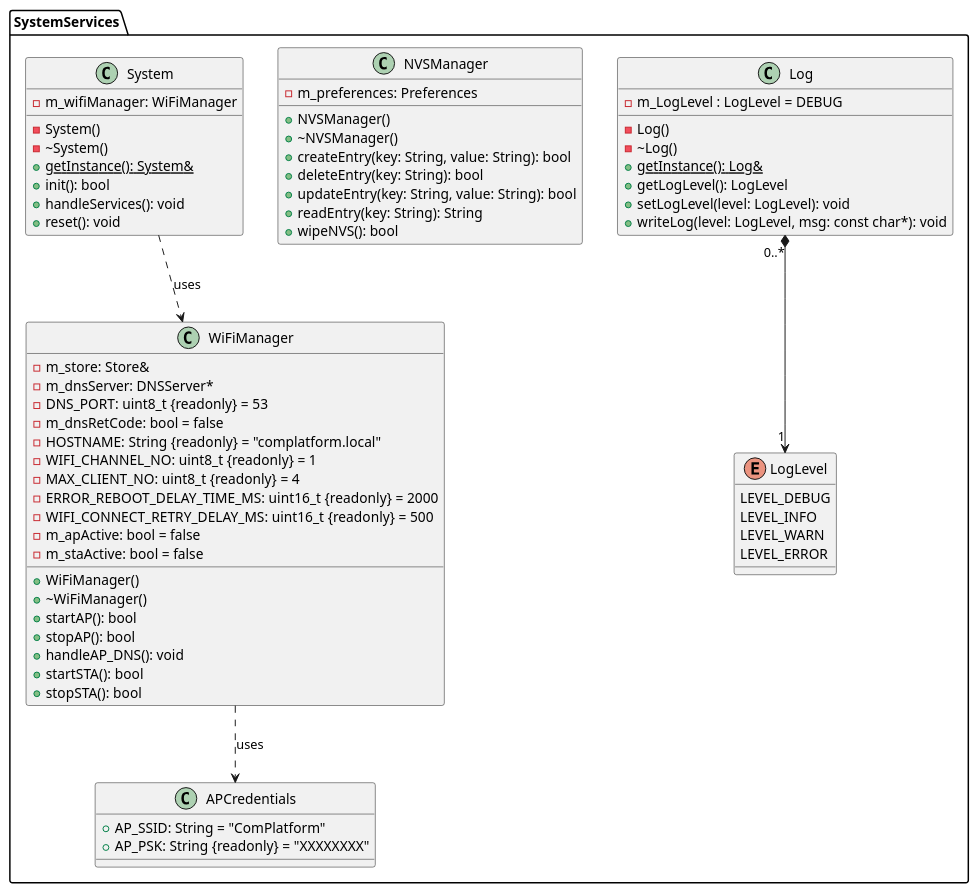
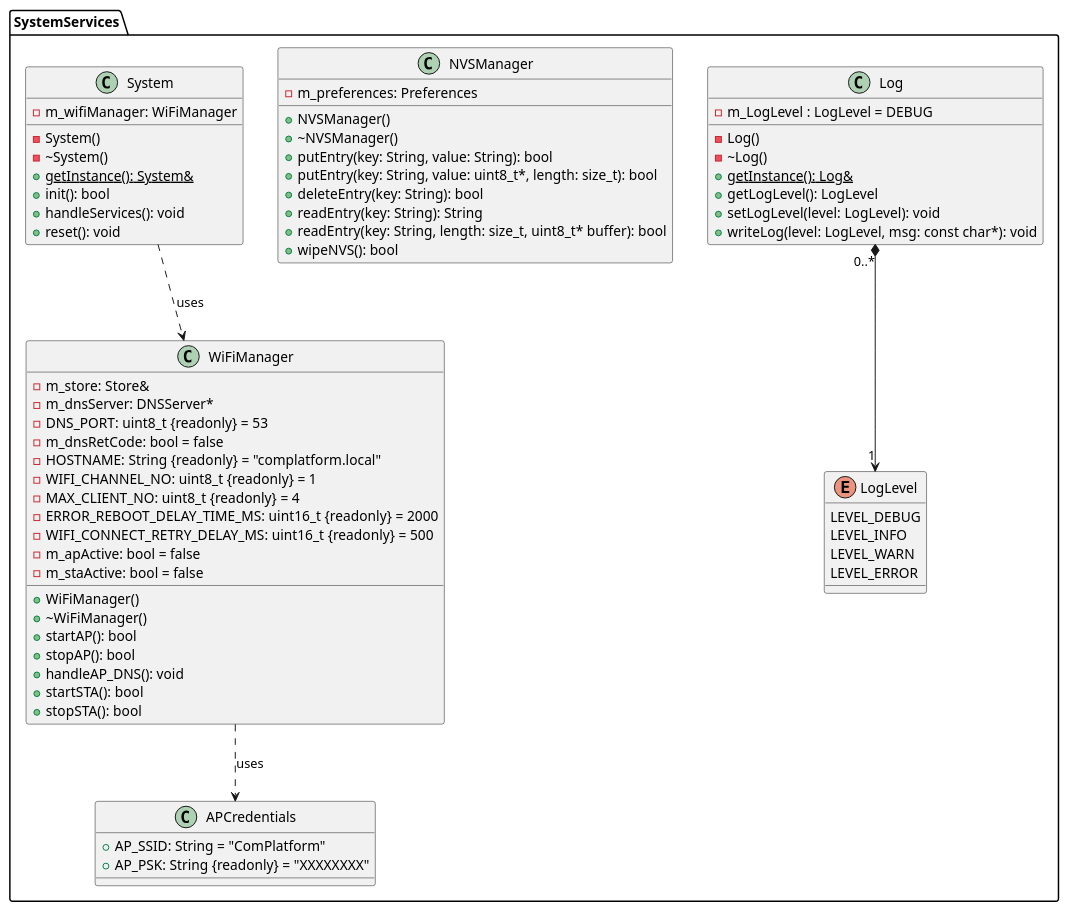
Before and after one commit to NewTec-GmbH/ZumoComSystem: the diagram in doc/design/server/ClassDiagrams/05_SystemServices.plantuml, drawn with PlantUML. The commit also changed 6 other files, not shown here.

```diff
--- a/doc/design/server/ClassDiagrams/05_SystemServices.plantuml
+++ b/doc/design/server/ClassDiagrams/05_SystemServices.plantuml
@@ -1,78 +1,79 @@
 @startuml
 package SystemServices {
     enum LogLevel
     {
         LEVEL_DEBUG
         LEVEL_INFO
         LEVEL_WARN
         LEVEL_ERROR
     }
 
     class Log
     {
         - m_LogLevel : LogLevel = DEBUG
 
         - Log()
         - ~Log()
         {static} + getInstance(): Log&
         + getLogLevel(): LogLevel
         + setLogLevel(level: LogLevel): void
         + writeLog(level: LogLevel, msg: const char*): void
     }
     Log "0..*" *--> "1" LogLevel
 
     class NVSManager
     {
         - m_preferences: Preferences
 
         + NVSManager()
         + ~NVSManager()
-        + createEntry(key: String, value: String): bool
+        + putEntry(key: String, value: String): bool
+        + putEntry(key: String, value: uint8_t*, length: size_t): bool
         + deleteEntry(key: String): bool
-        + updateEntry(key: String, value: String): bool
         + readEntry(key: String): String
+        + readEntry(key: String, length: size_t, uint8_t* buffer): bool
         + wipeNVS(): bool
     }
 
     class APCredentials
     {
         + AP_SSID: String = "ComPlatform"
         + AP_PSK: String {readonly} = "XXXXXXXX"
     }
 
     class WiFiManager
     {
         - m_store: Store&
         - m_dnsServer: DNSServer*
         - DNS_PORT: uint8_t {readonly} = 53
         - m_dnsRetCode: bool = false
         - HOSTNAME: String {readonly} = "complatform.local"
         - WIFI_CHANNEL_NO: uint8_t {readonly} = 1
         - MAX_CLIENT_NO: uint8_t {readonly} = 4
         - ERROR_REBOOT_DELAY_TIME_MS: uint16_t {readonly} = 2000
         - WIFI_CONNECT_RETRY_DELAY_MS: uint16_t {readonly} = 500
         - m_apActive: bool = false
         - m_staActive: bool = false
         + WiFiManager()
         + ~WiFiManager()
         + startAP(): bool
         + stopAP(): bool
         + handleAP_DNS(): void
         + startSTA(): bool
         + stopSTA(): bool
     }
     WiFiManager ..> APCredentials : uses
 
     class System
     {
         - m_wifiManager: WiFiManager
         - System()
         - ~System()
         + {static} getInstance(): System&
         + init(): bool
         + handleServices(): void
         + reset(): void
     }
     System ..> WiFiManager : uses
 }
 @enduml
```
